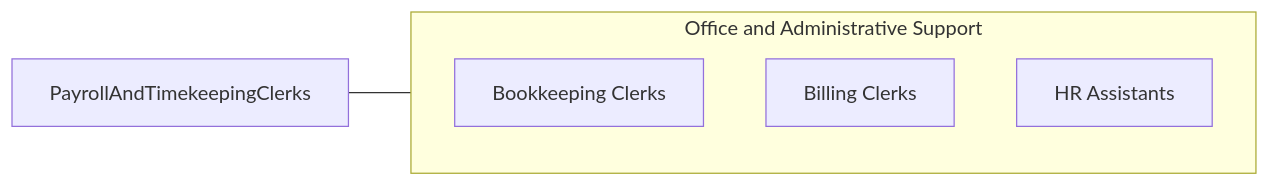
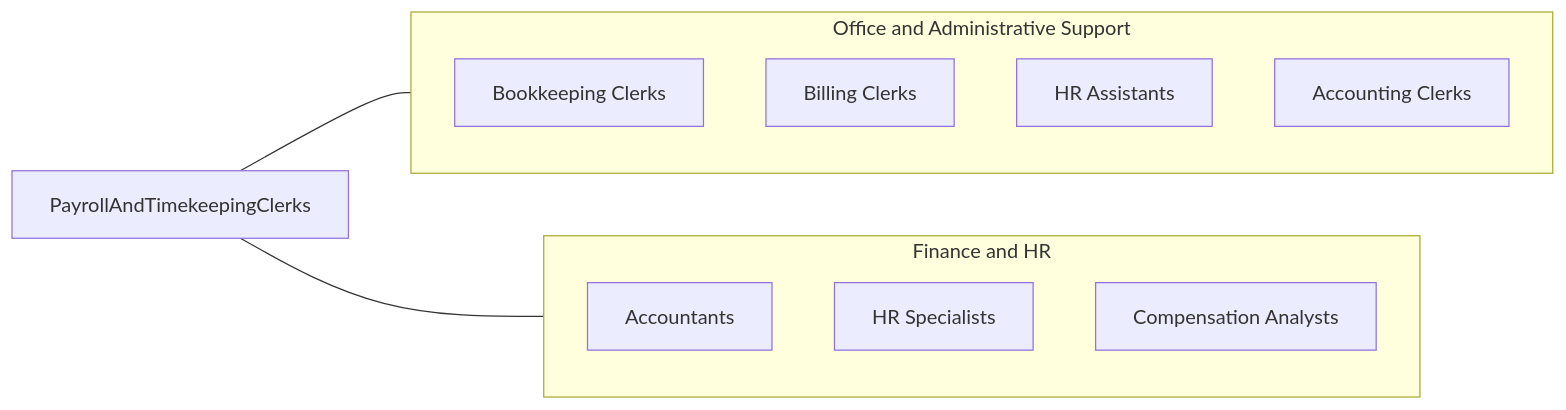
The fourth of 4 diagrams in occupations/Administrative/PayrollAndTimekeepingClerks.mdx (kziemski/business.org.ai), drawn with Mermaid before and after one commit. The commit also changed other lines of this file and 19 other files, not shown here.

````diff
--- a/occupations/Administrative/PayrollAndTimekeepingClerks.mdx
+++ b/occupations/Administrative/PayrollAndTimekeepingClerks.mdx
@@ -100,10 +232,20 @@
 ```mermaid
 graph LR
     Current["PayrollAndTimekeepingClerks"]
+
     subgraph SameCategory["Office and Administrative Support"]
-        RBookkeepingClerks["Bookkeeping Clerks"]
-        RBillingClerks["Billing Clerks"]
-        RHRAssistants["HR Assistants"]
+        BookkeepingClerks["Bookkeeping Clerks"]
+        BillingClerks["Billing Clerks"]
+        HRAssistants["HR Assistants"]
+        AccountingClerks["Accounting Clerks"]
     end
+
+    subgraph CrossFunctional["Finance and HR"]
+        Accountants["Accountants"]
+        HRSpecialists["HR Specialists"]
+        CompensationAnalysts["Compensation Analysts"]
+    end
+
     Current --- SameCategory
+    Current --- CrossFunctional
 ```
````
